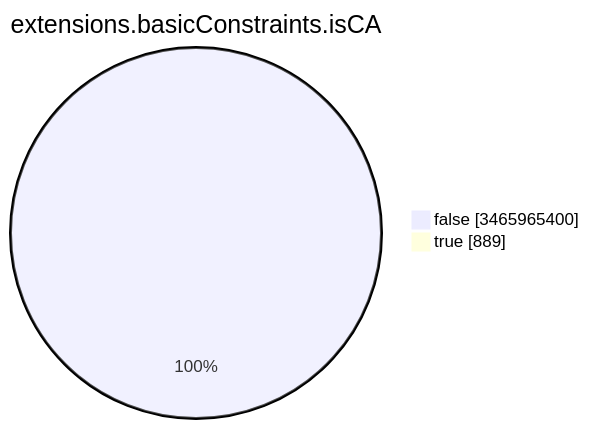
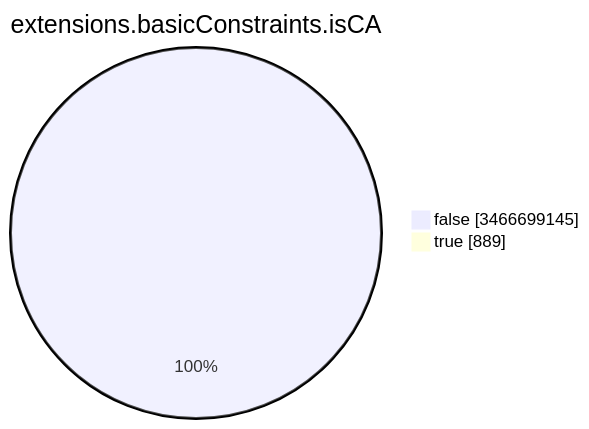
Before and after one commit to christiankrug/ctmonitor_visualization: the seventh of 15 diagrams in TOTAL/README.md, drawn with Mermaid. The commit also changed other lines of this file, not shown here.

````diff
--- a/TOTAL/README.md
+++ b/TOTAL/README.md
@@ -3093,6 +3093,6 @@
 ```mermaid
 pie showData
 title extensions.basicConstraints.isCA
-"false" :3465965400
+"false" :3466699145
 "true" :889
 ```
````
